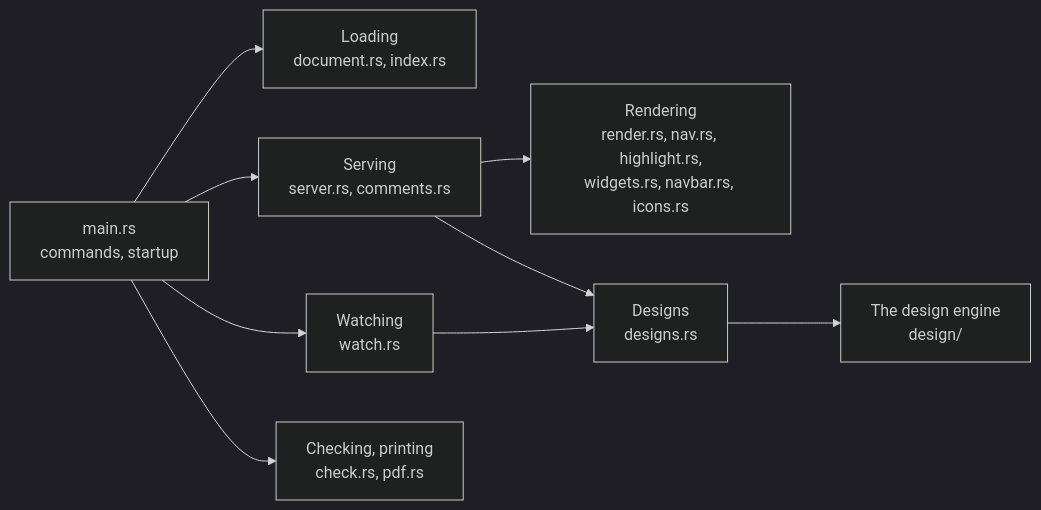
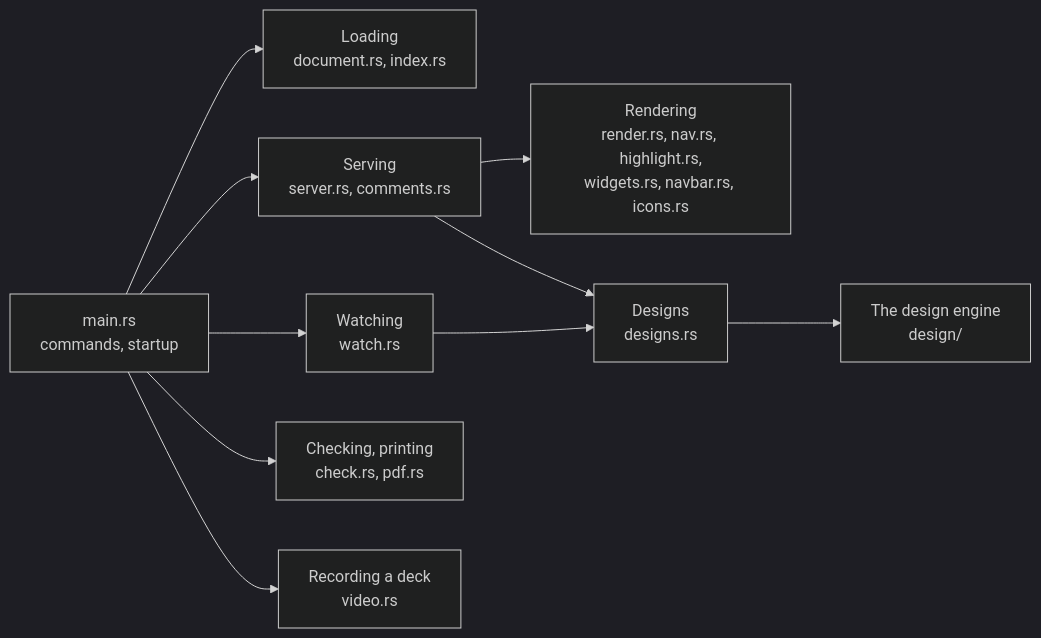
One commit to andrei512/devpage changed the diagram in docs/boxes/engineering/code-map/README.md. Above: the diagram before and after it, drawn with Mermaid (dark theme). The commit also changed other lines of this file and 27 other files, not shown here.

First line of the commit message:
devpage video: a deck, narrated by GPT-Live, recorded to mp4

````diff
--- a/docs/boxes/engineering/code-map/README.md
+++ b/docs/boxes/engineering/code-map/README.md
@@ -16,19 +16,21 @@
 ```mermaid
 flowchart LR
   main["main.rs<br/>commands, startup"] --> load["Loading<br/>document.rs, index.rs"]
   main --> watch["Watching<br/>watch.rs"]
   main --> serve["Serving<br/>server.rs, comments.rs"]
   serve --> render["Rendering<br/>render.rs, nav.rs, highlight.rs,<br/>widgets.rs, navbar.rs, icons.rs"]
   main --> other["Checking, printing<br/>check.rs, pdf.rs"]
+  main --> video["Recording a deck<br/>video.rs"]
   watch --> designs["Designs<br/>designs.rs"]
   serve --> designs
   designs --> engine["The design engine<br/>design/"]
   click main href "#how-main-wires-it-together" "How main wires it together"
   click load href "../../viewer/document-index/README.md" "Which document a file belongs to"
   click watch href "../../viewer/live-updates/README.md#the-watcher" "The watcher"
   click serve href "../../viewer/serving-pages/README.md" "Serving pages"
   click render href "../../viewer/rendering-a-page/README.md" "Rendering a page"
   click other href "../../viewer/checking-links/README.md" "Checking links"
+  click video href "../../viewer/making-a-video/README.md" "Making a video"
   click designs href "../../viewer/design-engine/README.md#in-the-server" "The design engine in the server"
   click engine href "../../viewer/design-engine/README.md" "The design engine"
 ```
````
